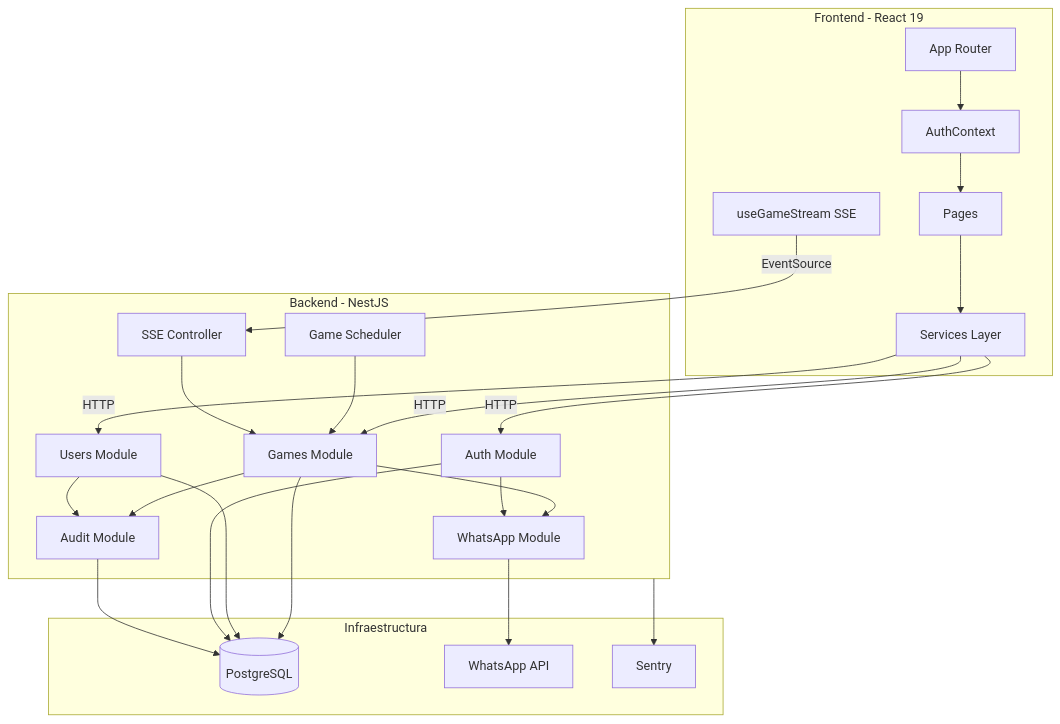
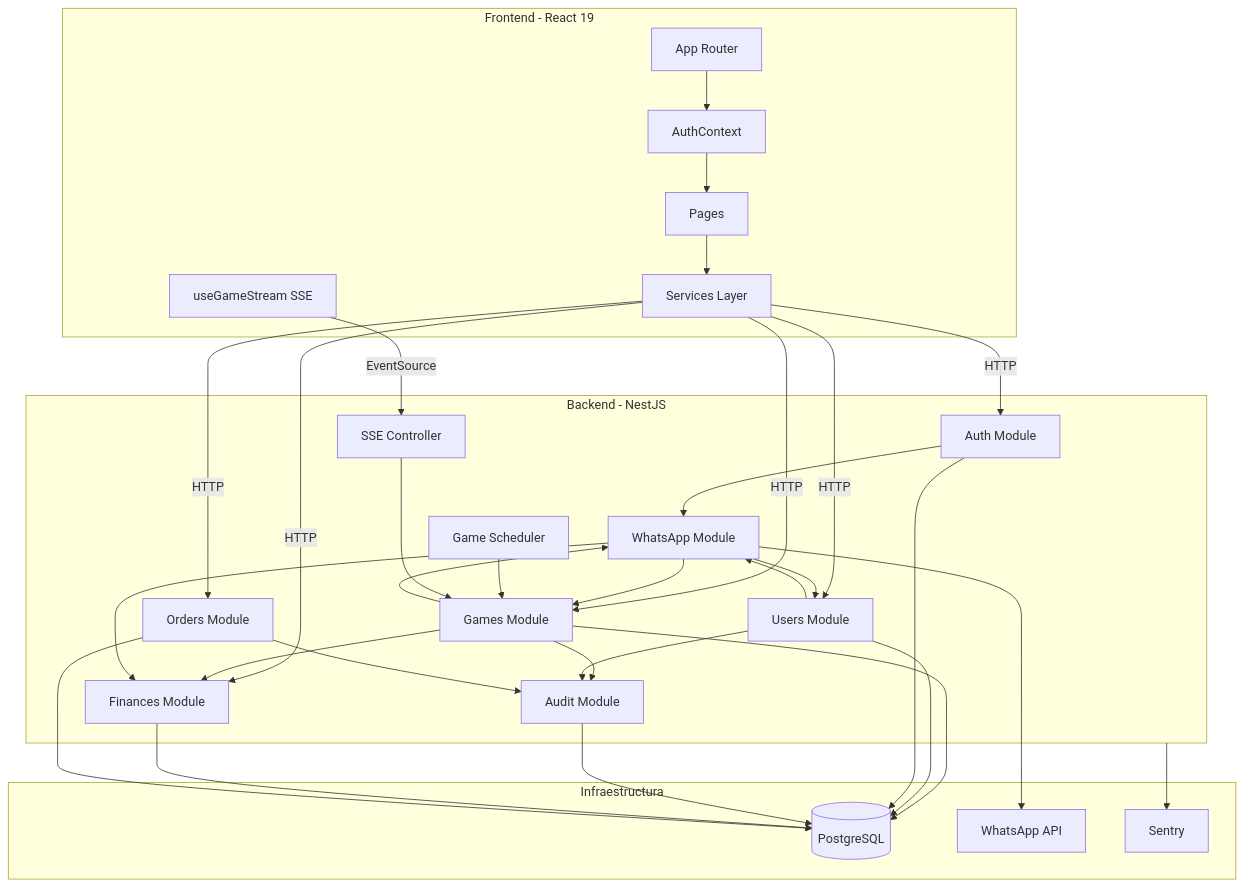
One commit to MiltonLn/zetas_list changed the first of 5 diagrams in ARCHITECTURE.md. Above: the diagram before and after it, drawn with Mermaid. The commit also changed other lines of this file and 5 other files, not shown here.

````diff
--- a/ARCHITECTURE.md
+++ b/ARCHITECTURE.md
@@ -23,48 +30,60 @@
 ```mermaid
 graph TB
   subgraph client [Frontend - React 19]
     App[App Router]
     AuthCtx[AuthContext]
     Pages[Pages]
     Services[Services Layer]
     SSE[useGameStream SSE]
   end
 
   subgraph server [Backend - NestJS]
     AuthMod[Auth Module]
     GamesMod[Games Module]
     UsersMod[Users Module]
     WaMod[WhatsApp Module]
+    FinMod[Finances Module]
+    OrdMod[Orders Module]
     AuditMod[Audit Module]
     Scheduler[Game Scheduler]
     SSECtrl[SSE Controller]
   end
 
   subgraph infra [Infraestructura]
     DB[(PostgreSQL)]
     WA[WhatsApp API]
     Sentry[Sentry]
   end
 
   App --> AuthCtx
   AuthCtx --> Pages
   Pages --> Services
   Services -->|HTTP| AuthMod
   Services -->|HTTP| GamesMod
   Services -->|HTTP| UsersMod
+  Services -->|HTTP| FinMod
+  Services -->|HTTP| OrdMod
   SSE -->|EventSource| SSECtrl
 
   GamesMod --> DB
   UsersMod --> DB
   AuthMod --> DB
   AuditMod --> DB
+  FinMod --> DB
+  OrdMod --> DB
   GamesMod --> WaMod
   AuthMod --> WaMod
+  UsersMod --> WaMod
+  GamesMod --> FinMod
+  WaMod --> GamesMod
+  WaMod --> UsersMod
+  WaMod --> FinMod
   Scheduler --> GamesMod
   WaMod --> WA
   GamesMod --> AuditMod
   UsersMod --> AuditMod
+  OrdMod --> AuditMod
   SSECtrl --> GamesMod
 
   server --> Sentry
 ```
````
